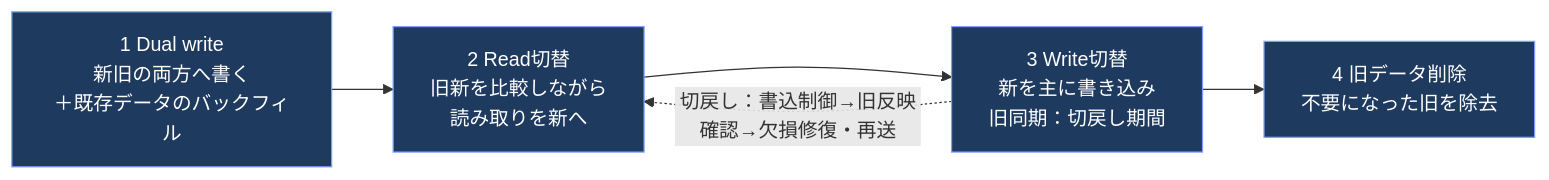
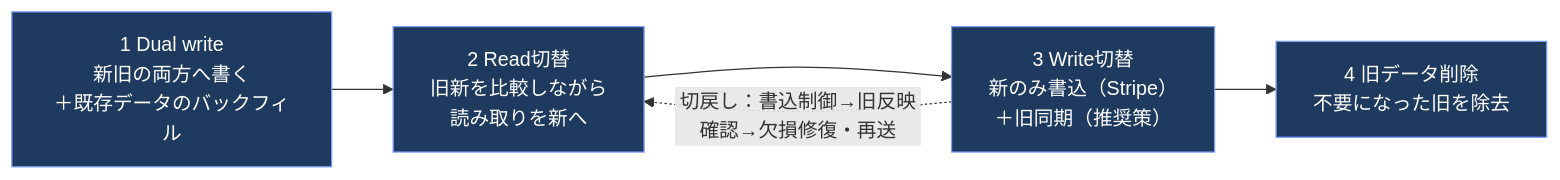
Before and after one commit to myoshi2891/Quality-Assurance-Studies: the ninth of 10 diagrams in Iso-29119-14-guide.md, drawn with Mermaid. The commit also changed other lines of this file and 1 other file, not shown here.

Commit message:
fix(iso29119-14): clarify row-level reconciliation, stripe rollback recommendation, and validation references

````diff
--- a/Iso-29119-14-guide.md
+++ b/Iso-29119-14-guide.md
@@ -479,10 +479,10 @@
 ```mermaid
 flowchart LR
     DW1["1 Dual write<br/>新旧の両方へ書く<br/>＋既存データのバックフィル"] --> DW2["2 Read切替<br/>旧新を比較しながら<br/>読み取りを新へ"]
-    DW2 --> DW3["3 Write切替<br/>新を主に書き込み<br/>旧同期：切戻し期間"]
+    DW2 --> DW3["3 Write切替<br/>新のみ書込（Stripe）<br/>＋旧同期（推奨策）"]
     DW3 -. "切戻し：書込制御→旧反映確認→欠損修復・再送" .-> DW2
     DW3 --> DW4["4 旧データ削除<br/>不要になった旧を除去"]
 
     classDef s fill:#1f3a5f,stroke:#7c9eff,color:#ffffff
     class DW1,DW2,DW3,DW4 s
 ```
````
